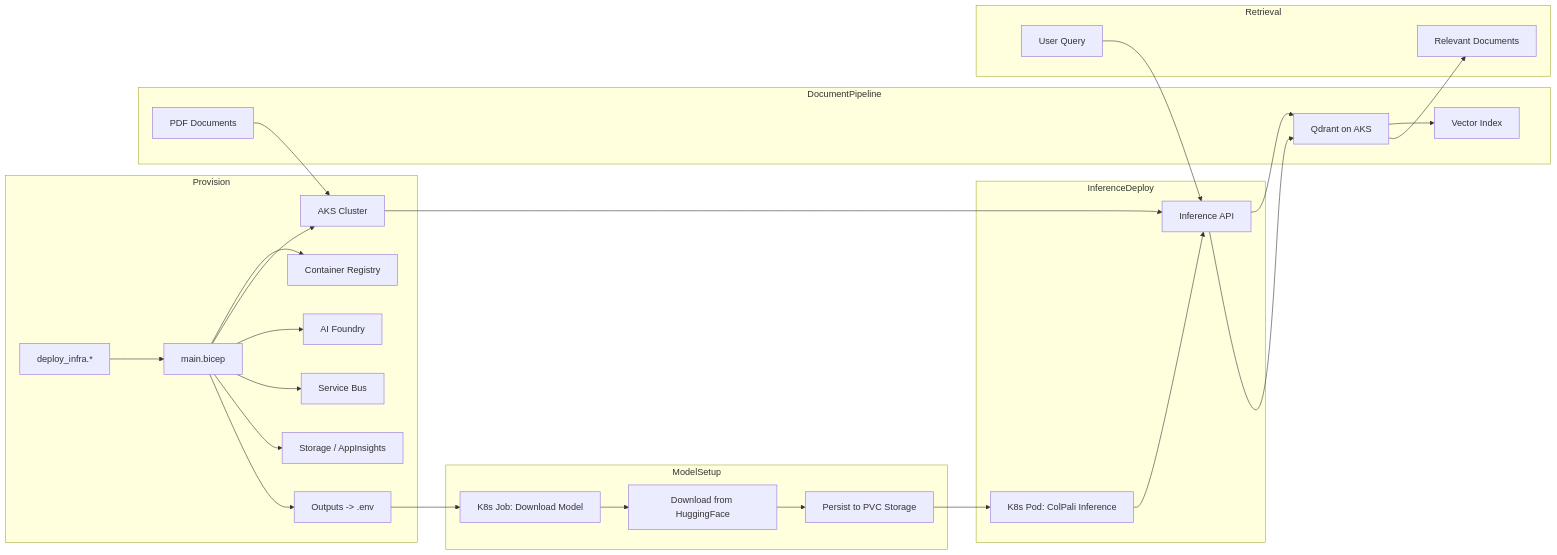
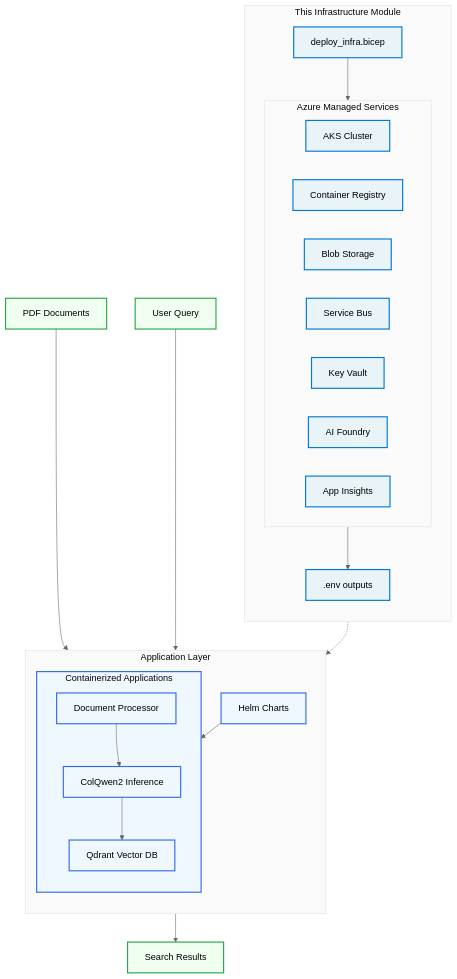
The diagram in infra/README.md (microsoft/multi-modal-rag-with-colpali), drawn with Mermaid before and after one commit. The commit also changed other lines of this file and 49 other files, not shown here.

````diff
--- a/infra/README.md
+++ b/infra/README.md
@@ -5,32 +7,62 @@
 ```mermaid
-flowchart LR
-	subgraph Provision
-		A[deploy_infra.*] --> M[main.bicep]
-		M --> ACR[Container Registry]
-		M --> AKS[AKS Cluster]
-		M --> AI[AI Foundry]
-		M --> SB[Service Bus]
-		M --> SUP[Storage / AppInsights]
-		M --> OUT[Outputs -> .env]
-	end
-	subgraph ModelSetup
-		OUT --> K8SJOB[K8s Job: Download Model]
-		K8SJOB --> HF[Download from HuggingFace]
-		HF --> VOL[Persist to PVC Storage]
-	end
-	subgraph InferenceDeploy
-		VOL --> K8SPOD[K8s Pod: ColPali Inference]
-		K8SPOD --> EMB[Inference API]
-	end
-	subgraph DocumentPipeline
-		DOC[PDF Documents] --> AKS
-		AKS --> EMB
-		EMB --> QDRANT[Qdrant on AKS]
-		QDRANT --> IDX[Vector Index]
-	end
-	subgraph Retrieval
-		QUERY[User Query] --> EMB
-		EMB --> QDRANT
-		QDRANT --> RESULTS[Relevant Documents]
-	end
+%%{init: {
+  'theme': 'base',
+  'themeVariables': {
+    'primaryColor': '#f5f5f5',
+    'primaryTextColor': '#000000',
+    'primaryBorderColor': '#333333',
+    'lineColor': '#666666',
+    'secondaryColor': '#f8f8f8',
+    'tertiaryColor': '#fafafa',
+    'background': '#ffffff',
+    'mainBkg': '#f5f5f5',
+    'secondBkg': '#f8f8f8',
+    'tertiaryBkg': '#fafafa'
+  }
+}}%%
+flowchart TB
+    subgraph INFRA_MODULE ["This Infrastructure Module"]
+        direction TB
+        DEPLOY[deploy_infra.bicep] --> AZURE[Azure Resources]
+
+        subgraph AZURE["Azure Managed Services"]
+            AKS[AKS Cluster]
+            ACR[Container Registry]
+            STORAGE[Blob Storage]
+            SB[Service Bus]
+            KV[Key Vault]
+            AI[AI Foundry]
+            MON[App Insights]
+        end
+
+        AZURE --> ENV[.env outputs]
+    end
+
+    subgraph APP_LAYER ["Application Layer"]
+        direction TB
+        ENV -.-> HELM[Helm Charts]
+        HELM --> APPS[Kubernetes Apps]
+
+        subgraph APPS["Containerized Applications"]
+            COLQWEN[ColQwen2 Inference]
+            DOCPROC[Document Processor]
+            QDRANT[Qdrant Vector DB]
+        end
+    end
+
+    %% End-to-End Flow (integrated, no separate box)
+    DOCS[PDF Documents] --> DOCPROC
+    DOCPROC --> COLQWEN
+    COLQWEN --> QDRANT
+    QUERY[User Query] --> QDRANT
+    QDRANT --> RESULTS[Search Results]
+
+    %% Node Styling
+    classDef azure fill:#e8f4f8,stroke:#0078d4,stroke-width:2px
+    classDef k8s fill:#f0f8ff,stroke:#326ce5,stroke-width:2px
+    classDef flow fill:#f0fff0,stroke:#28a745,stroke-width:2px
+
+    class DEPLOY,AKS,ACR,STORAGE,SB,KV,AI,MON,ENV azure
+    class HELM,APPS,COLQWEN,DOCPROC,QDRANT k8s
+    class DOCS,QUERY,RESULTS flow
 ```
````
